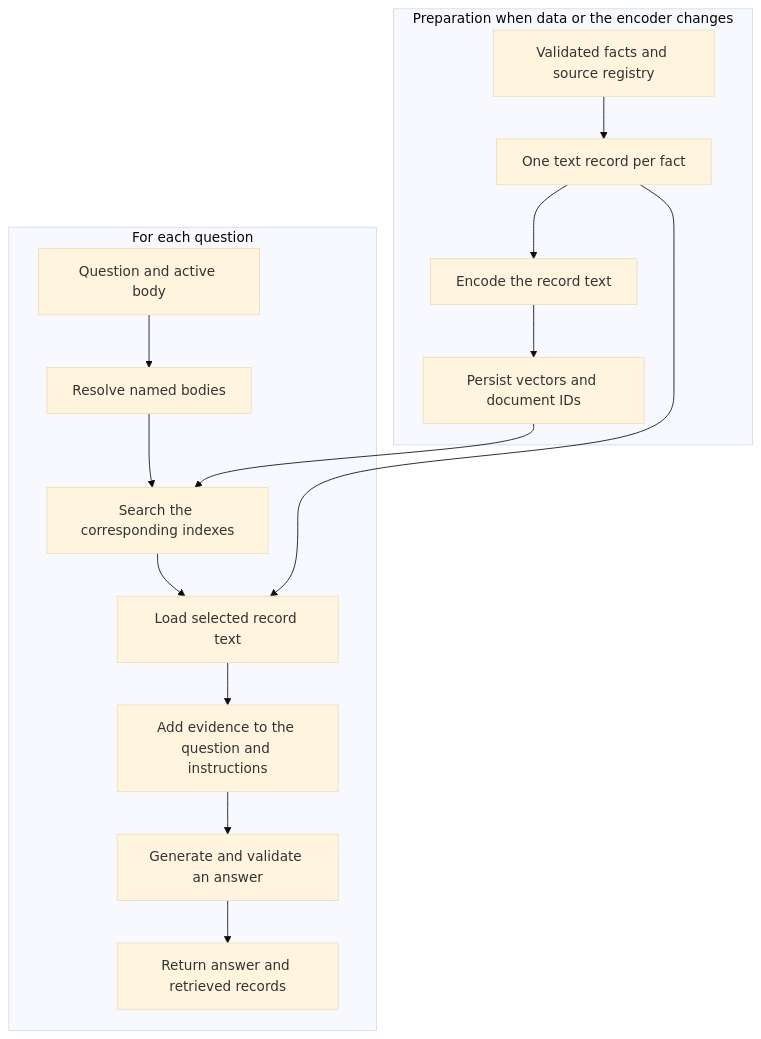
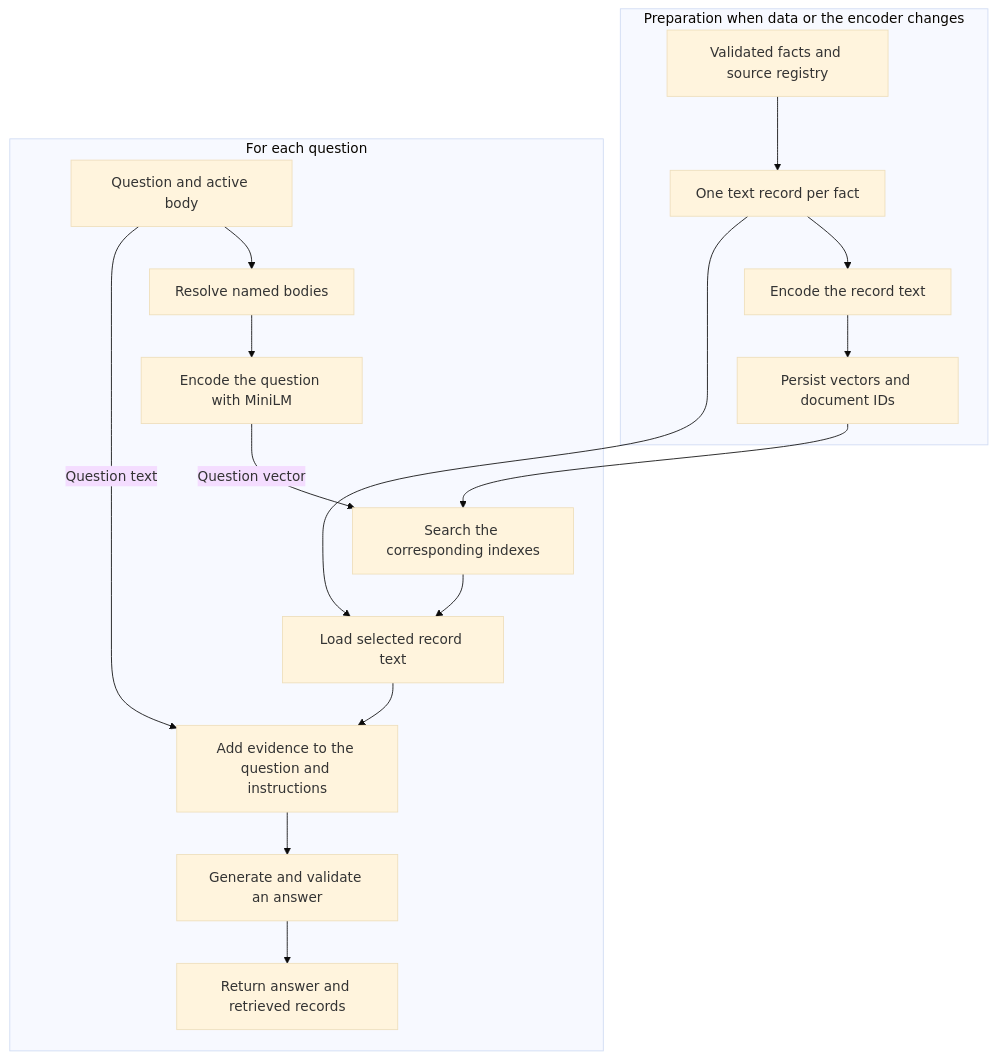
Before and after one commit to Kongstad/planetary-scanner: the fourth of 6 diagrams in docs/ai-pipeline.md, drawn with Mermaid (base theme). The commit also changed other lines of this file and 93 other files, not shown here.

````diff
--- a/docs/ai-pipeline.md
+++ b/docs/ai-pipeline.md
@@ -182,18 +184,20 @@
 ```mermaid
 flowchart TD
     subgraph Preparation[Preparation when data or the encoder changes]
         Facts[Validated facts and source registry] --> Records[One text record per fact]
         Records --> Embeddings[Encode the record text]
         Embeddings --> Index[Persist vectors and document IDs]
     end
     subgraph Request[For each question]
         Question[Question and active body] --> Routing[Resolve named bodies]
-        Routing --> Search[Search the corresponding indexes]
+        Routing --> QueryEmbedding[Encode the question with MiniLM]
+        QueryEmbedding -->|Question vector| Search[Search the corresponding indexes]
         Index --> Search
         Search --> Evidence[Load selected record text]
         Records --> Evidence
         Evidence --> Prompt[Add evidence to the question and instructions]
+        Question -->|Question text| Prompt
         Prompt --> Generation[Generate and validate an answer]
         Generation --> Response[Return answer and retrieved records]
     end
 ```
````
